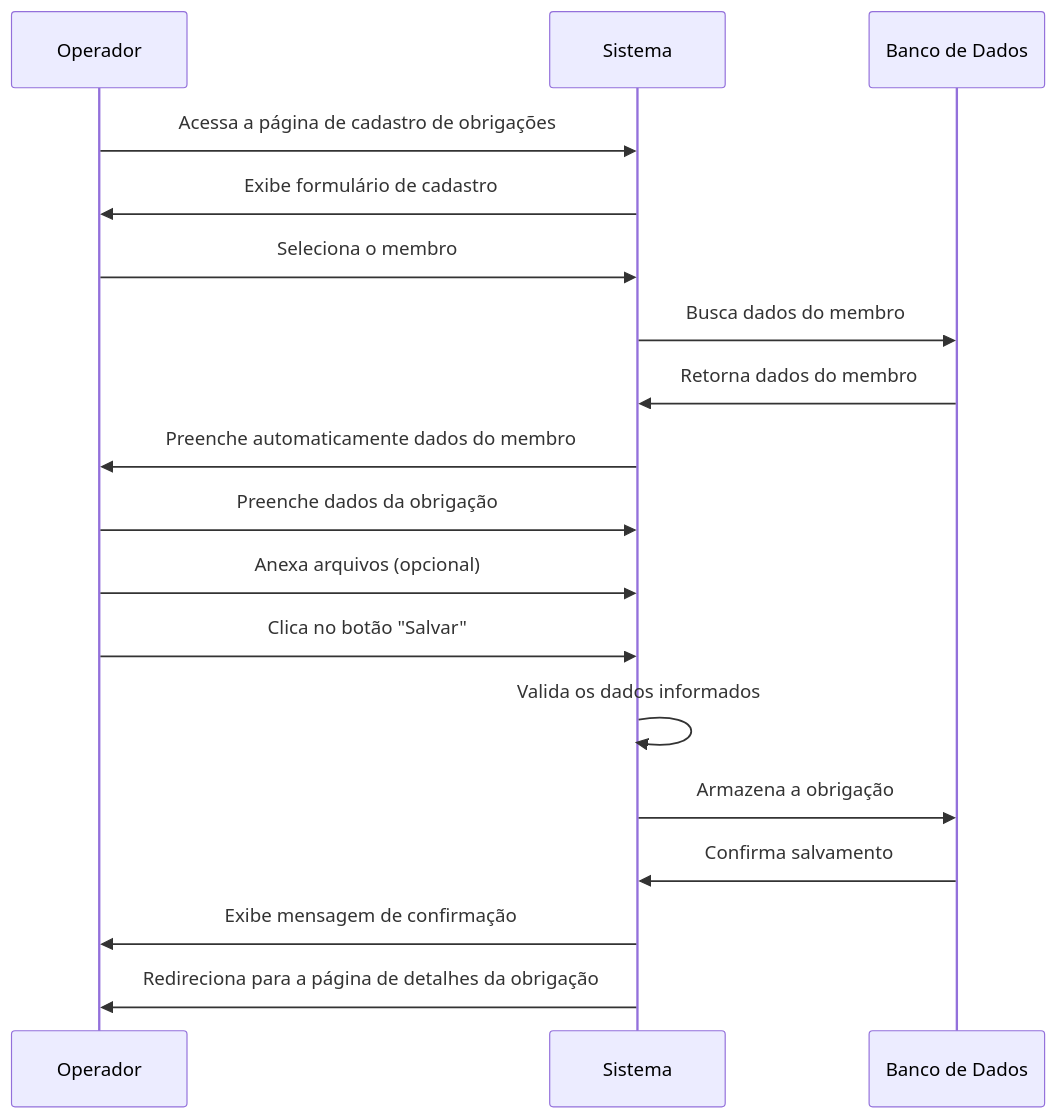
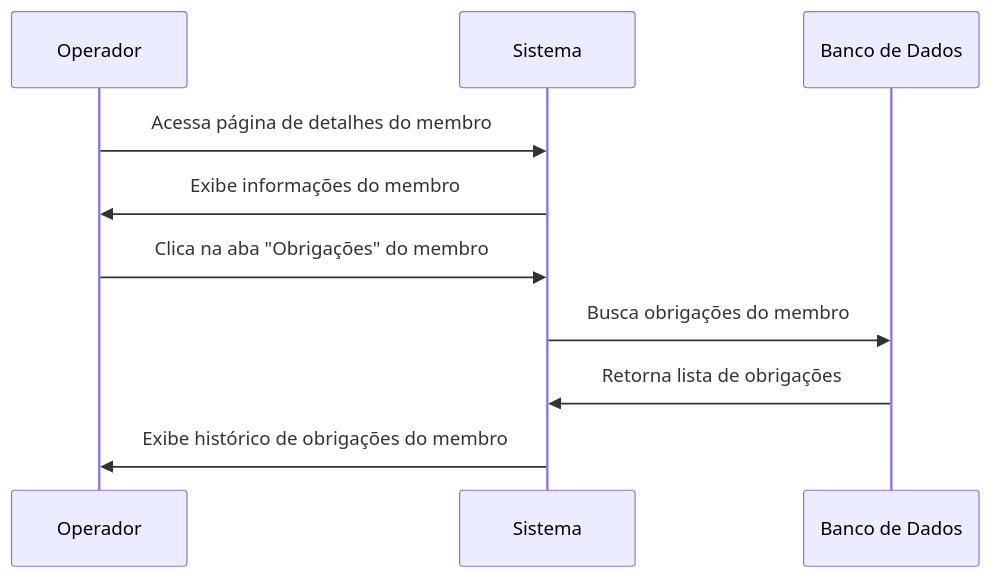
Before and after one commit to Bomsalvez/quilombo-docs: the first of 2 diagrams in Writerside/topics/RF12.md, drawn with Mermaid. The commit also changed other lines of this file and 34 other files, not shown here.

````diff
--- a/Writerside/topics/RF12.md
+++ b/Writerside/topics/RF12.md
@@ -39,21 +33,13 @@
 ```mermaid
 sequenceDiagram
     participant O as Operador
     participant S as Sistema
     participant DB as Banco de Dados
     
-    O->>S: Acessa a página de cadastro de obrigações
-    S->>O: Exibe formulário de cadastro
-    O->>S: Seleciona o membro
-    S->>DB: Busca dados do membro
-    DB->>S: Retorna dados do membro
-    S->>O: Preenche automaticamente dados do membro
-    O->>S: Preenche dados da obrigação
-    O->>S: Anexa arquivos (opcional)
-    O->>S: Clica no botão "Salvar"
-    S->>S: Valida os dados informados
-    S->>DB: Armazena a obrigação
-    DB->>S: Confirma salvamento
-    S->>O: Exibe mensagem de confirmação
-    S->>O: Redireciona para a página de detalhes da obrigação
+    O->>S: Acessa página de detalhes do membro
+    S->>O: Exibe informações do membro
+    O->>S: Clica na aba "Obrigações" do membro
+    S->>DB: Busca obrigações do membro
+    DB->>S: Retorna lista de obrigações
+    S->>O: Exibe histórico de obrigações do membro
 ```
````
